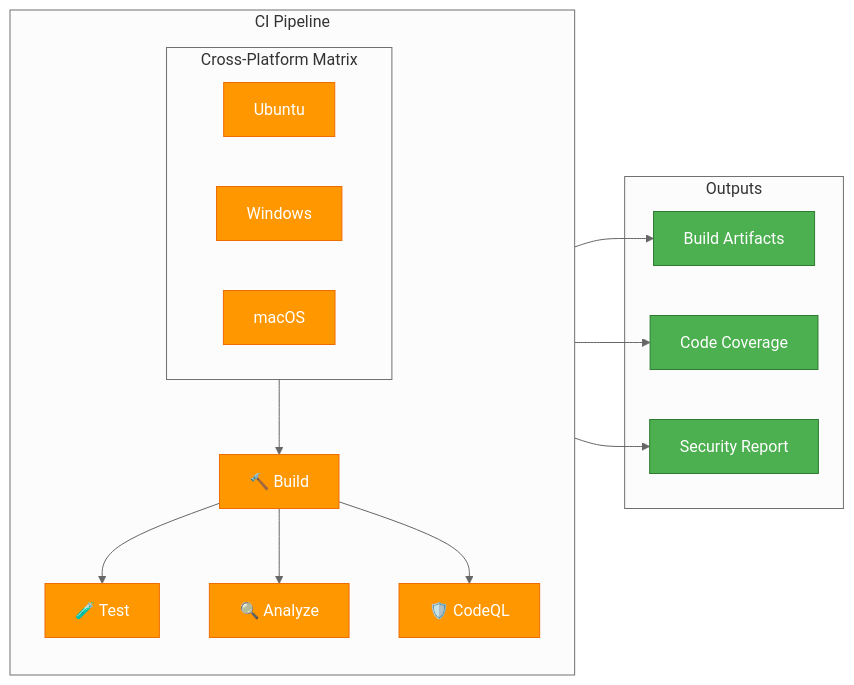
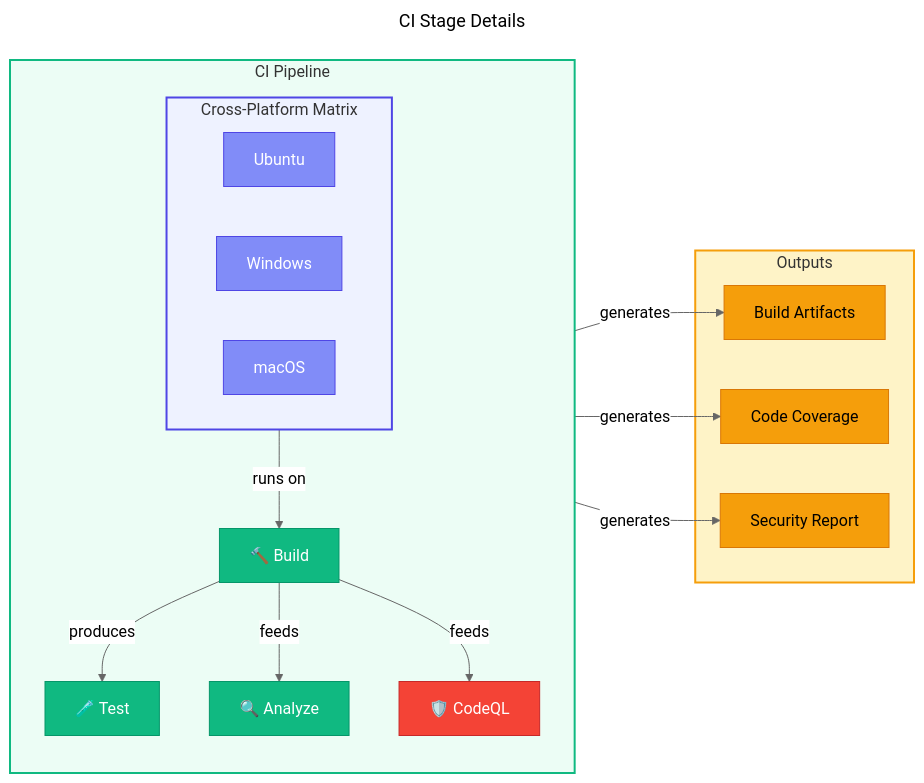
One commit to Evilazaro/Azure-LogicApps-Monitoring changed the second of 4 diagrams in docs/architecture/07-deployment-architecture.md. Above: the diagram before and after it, drawn with Mermaid (neutral theme). The commit also changed other lines of this file and 1 other file, not shown here.

Commit message:
refactor: Enhance service bus messaging documentation with improved topic/subscription topology diagram and connection details

````diff
--- a/docs/architecture/07-deployment-architecture.md
+++ b/docs/architecture/07-deployment-architecture.md
@@ -152,34 +171,51 @@
 ```mermaid
+---
+title: CI Stage Details
+---
 flowchart LR
+    %% ===== CI PIPELINE =====
     subgraph CI["CI Pipeline"]
         direction TB
 
+        %% ===== CROSS-PLATFORM MATRIX =====
         subgraph Matrix["Cross-Platform Matrix"]
             U[Ubuntu]
             W[Windows]
             M[macOS]
         end
 
-        BUILD[🔨 Build] --> TEST[🧪 Test]
-        BUILD --> ANALYZE[🔍 Analyze]
-        BUILD --> CODEQL[🛡️ CodeQL]
+        BUILD["🔨 Build"] -->|"produces"| TEST["🧪 Test"]
+        BUILD -->|"feeds"| ANALYZE["🔍 Analyze"]
+        BUILD -->|"feeds"| CODEQL["🛡️ CodeQL"]
 
-        Matrix --> BUILD
+        Matrix -->|"runs on"| BUILD
     end
 
+    %% ===== OUTPUTS =====
     subgraph Outputs["Outputs"]
         ARTIFACTS[Build Artifacts]
         COVERAGE[Code Coverage]
         SARIF[Security Report]
     end
 
-    TEST --> ARTIFACTS
-    TEST --> COVERAGE
-    CODEQL --> SARIF
+    TEST -->|"generates"| ARTIFACTS
+    TEST -->|"generates"| COVERAGE
+    CODEQL -->|"generates"| SARIF
 
-    classDef ci fill:#FF9800,stroke:#EF6C00,color:#fff
-    classDef output fill:#4CAF50,stroke:#2E7D32,color:#fff
+    %% ===== CLASS DEFINITIONS (EXACT HEX COLORS) =====
+    classDef primary fill:#4F46E5,stroke:#3730A3,color:#FFFFFF
+    classDef secondary fill:#10B981,stroke:#059669,color:#FFFFFF
+    classDef datastore fill:#F59E0B,stroke:#D97706,color:#000000
+    classDef trigger fill:#818CF8,stroke:#4F46E5,color:#FFFFFF
+    classDef failed fill:#F44336,stroke:#C62828,color:#FFFFFF
 
-    class BUILD,TEST,ANALYZE,CODEQL,U,W,M ci
-    class ARTIFACTS,COVERAGE,SARIF output
+    class BUILD,TEST,ANALYZE secondary
+    class CODEQL failed
+    class U,W,M trigger
+    class ARTIFACTS,COVERAGE,SARIF datastore
+
+    %% ===== SUBGRAPH STYLES =====
+    style CI fill:#ECFDF5,stroke:#10B981,stroke-width:2px
+    style Matrix fill:#EEF2FF,stroke:#4F46E5,stroke-width:2px
+    style Outputs fill:#FEF3C7,stroke:#F59E0B,stroke-width:2px
 ```
````
